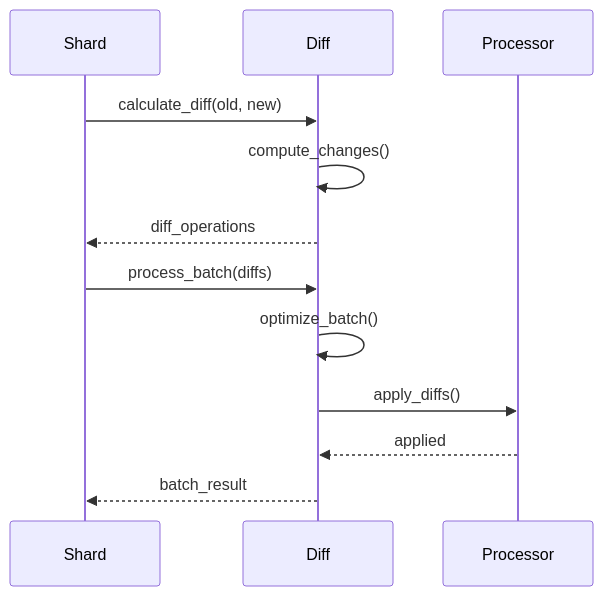
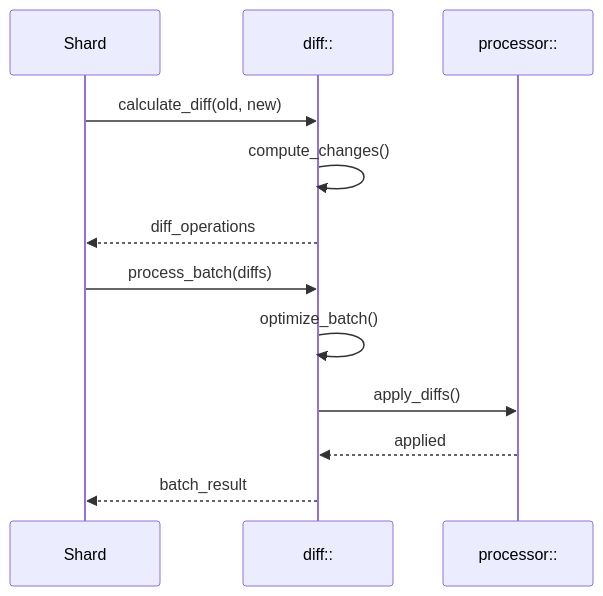
The sixth of 19 diagrams in docs/003-data-flow.md (timewave-computer/valence-solana), drawn with Mermaid before and after one commit. The commit also changed other lines of this file and 70 other files, not shown here.

````diff
--- a/docs/003-data-flow.md
+++ b/docs/003-data-flow.md
@@ -125,16 +135,16 @@
 ```mermaid
 sequenceDiagram
     participant Shard
-    participant Diff as Diff
-    participant Proc as Processor
+    participant Diff as diff::
+    participant Proc as processor::
     
     Shard->>Diff: calculate_diff(old, new)
     Diff->>Diff: compute_changes()
     Diff-->>Shard: diff_operations
     
     Shard->>Diff: process_batch(diffs)
     Diff->>Diff: optimize_batch()
     Diff->>Proc: apply_diffs()
     Proc-->>Diff: applied
     Diff-->>Shard: batch_result
 ```
````
